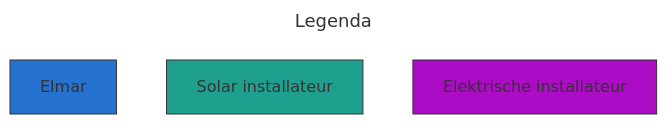
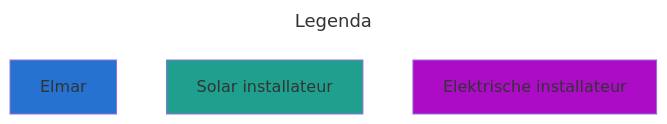
The first of 2 diagrams in content/posts/solar-aruba.md (wildekek/personal-website), drawn with Mermaid before and after one commit. The commit also changed other lines of this file and 2 other files, not shown here.

Commit message:
Improved mermaid script loading

````diff
--- a/content/posts/solar-aruba.md
+++ b/content/posts/solar-aruba.md
@@ -22,13 +23,13 @@
 ```mermaid
 ---
 title: Legenda
 ---
+
 flowchart TD
-    classDef default color,:fff,stroke:#333,stroke-width:1px;
     classDef elmar fill:#2572D0
     classDef solar fill:#1FA08E
     classDef installateur fill:#AC0CC6
     elmar[Elmar]:::elmar
     solar[Solar installateur]:::solar
     installateur[Elektrische installateur]:::installateur
 ```
````
